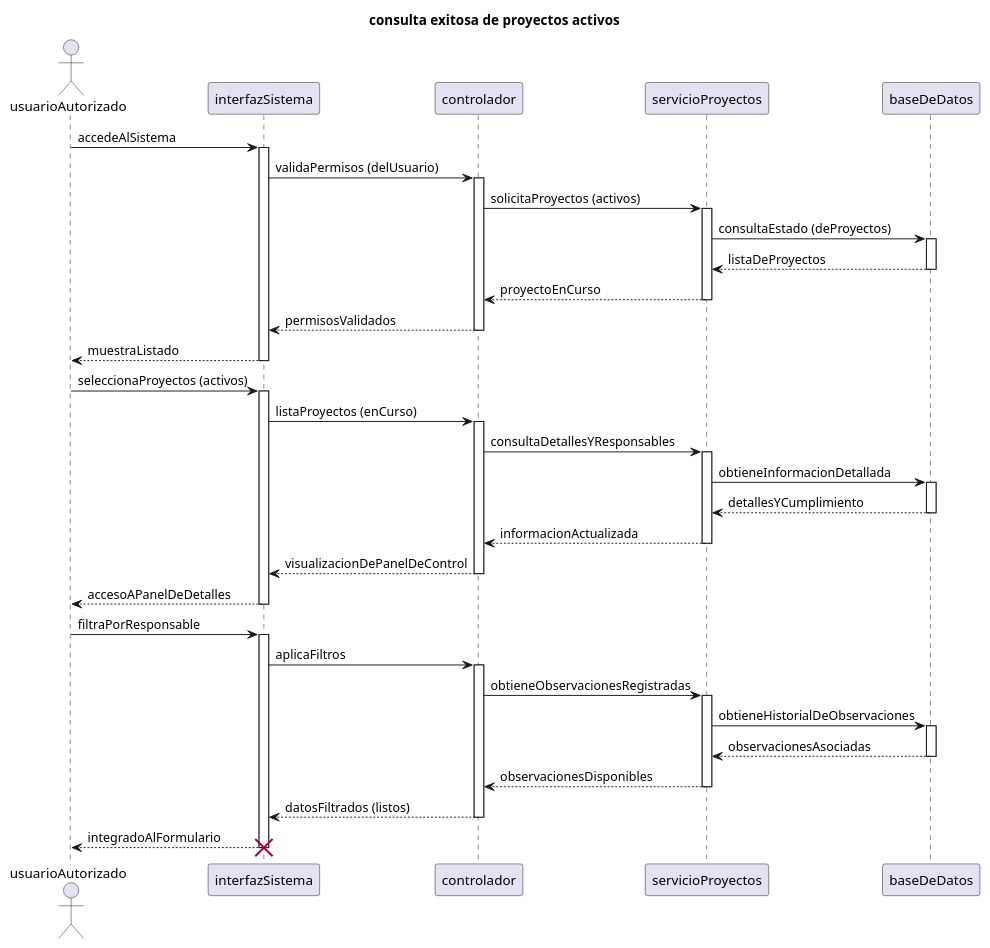
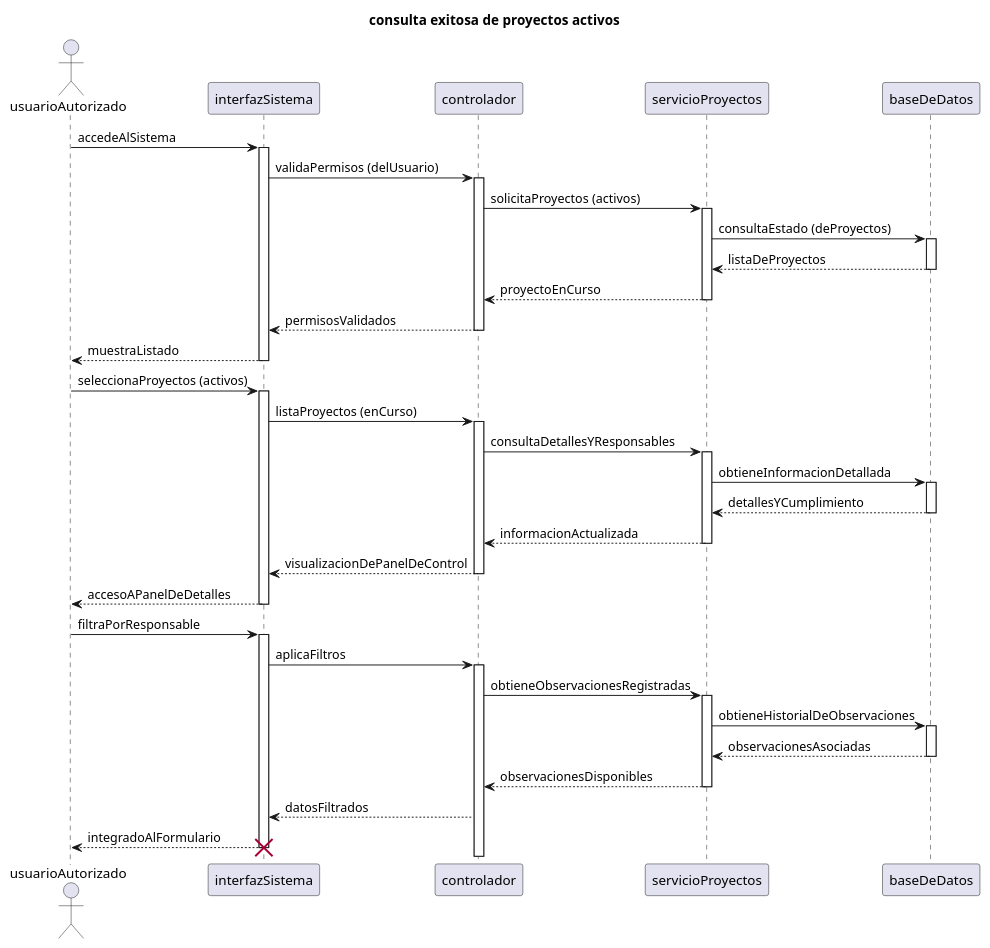
The diagram in diagramas/05-diagramas-secuencia/05-secuencia-consulta-proyectos-activos-consulta-exitosa-de-proyectos-activos-05.puml (9919-Mili/SistemaProductoraVideos), drawn with PlantUML before and after one commit. The commit also changed 4 other files, not shown here.

```diff
--- a/diagramas/05-diagramas-secuencia/05-secuencia-consulta-proyectos-activos-consulta-exitosa-de-proyectos-activos-05.puml
+++ b/diagramas/05-diagramas-secuencia/05-secuencia-consulta-proyectos-activos-consulta-exitosa-de-proyectos-activos-05.puml
@@ -1,68 +1,67 @@
 @startuml 
 title consulta exitosa de proyectos activos
 
 actor usuarioAutorizado
 participant interfazSistema as interfazSistema
 participant controlador as controlador
 participant servicioProyectos as servicioProyectos
 participant baseDeDatos as baseDeDatos
 
 
 usuarioAutorizado -> interfazSistema: accedeAlSistema
 activate interfazSistema
 interfazSistema -> controlador: validaPermisos (delUsuario)
 activate controlador
 controlador -> servicioProyectos: solicitaProyectos (activos) 
 activate servicioProyectos
 servicioProyectos -> baseDeDatos: consultaEstado (deProyectos)
 activate baseDeDatos
 baseDeDatos --> servicioProyectos: listaDeProyectos 
 deactivate baseDeDatos
 servicioProyectos --> controlador: proyectoEnCurso 
 deactivate servicioProyectos
 controlador --> interfazSistema: permisosValidados 
 deactivate controlador
 interfazSistema --> usuarioAutorizado: muestraListado 
 deactivate interfazSistema
 
 usuarioAutorizado -> interfazSistema: seleccionaProyectos (activos)
 activate interfazSistema
 interfazSistema -> controlador: listaProyectos (enCurso)
 activate controlador
 controlador -> servicioProyectos: consultaDetallesYResponsables 
 activate servicioProyectos
 servicioProyectos -> baseDeDatos: obtieneInformacionDetallada 
 activate baseDeDatos
 baseDeDatos --> servicioProyectos: detallesYCumplimiento 
 deactivate baseDeDatos
 servicioProyectos --> controlador: informacionActualizada 
 deactivate servicioProyectos
 controlador --> interfazSistema: visualizacionDePanelDeControl 
 deactivate controlador
 interfazSistema --> usuarioAutorizado: accesoAPanelDeDetalles 
 deactivate interfazSistema
 
 usuarioAutorizado -> interfazSistema: filtraPorResponsable 
 activate interfazSistema
 interfazSistema -> controlador: aplicaFiltros 
 activate controlador
 controlador -> servicioProyectos: obtieneObservacionesRegistradas
 activate servicioProyectos
 servicioProyectos -> baseDeDatos: obtieneHistorialDeObservaciones
 activate baseDeDatos 
 baseDeDatos --> servicioProyectos: observacionesAsociadas 
 deactivate baseDeDatos
 servicioProyectos --> controlador: observacionesDisponibles 
 deactivate servicioProyectos
-controlador --> interfazSistema: datosFiltrados (listos) 
-deactivate controlador
+controlador --> interfazSistema: datosFiltrados 
 interfazSistema --> usuarioAutorizado: integradoAlFormulario 
 deactivate interfazSistema
 
 
 destroy interfazSistema
 
 
 
 
 @enduml
```
